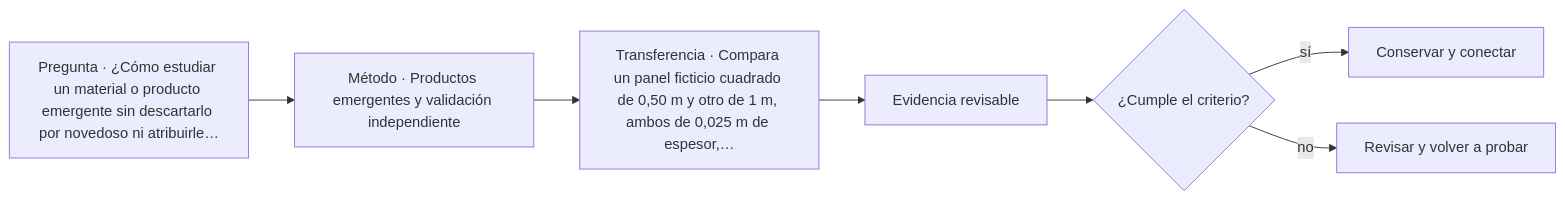
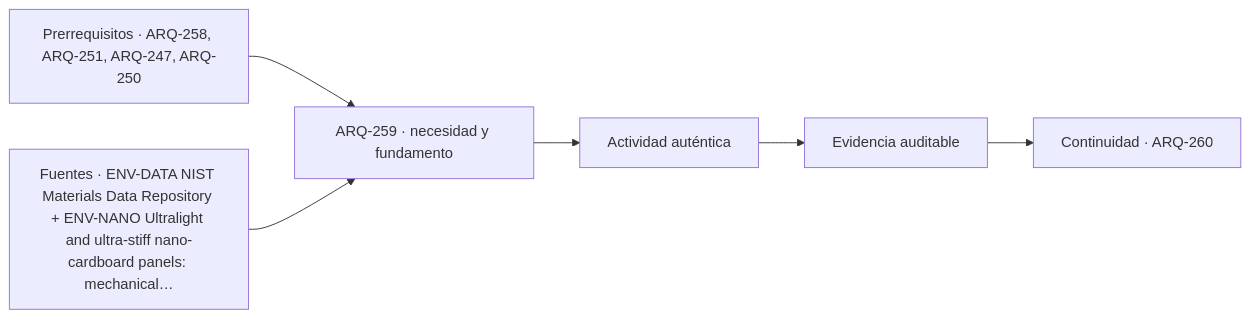
Before and after one commit to vladimiracunadev-create/architecture-built-environment-learning-program: the diagram in classes/parte-26/ARQ-259.md, drawn with Mermaid. The commit also changed other lines of this file and 761 other files, not shown here.

````diff
--- a/classes/parte-26/ARQ-259.md
+++ b/classes/parte-26/ARQ-259.md
@@ -115,9 +127,8 @@
 ```mermaid
 flowchart LR
-    Q["Pregunta · ¿Cómo estudiar un material o producto emergente sin descartarlo por novedoso ni atribuirle…"] --> M["Método · Productos emergentes y validación independiente"]
-    M --> P["Transferencia · Compara un panel ficticio cuadrado de 0,50 m y otro de 1 m, ambos de 0,025 m de espesor,…"]
-    P --> E["Evidencia revisable"]
-    E --> C{"¿Cumple el criterio?"}
-    C -->|sí| T["Conservar y conectar"]
-    C -->|no| R["Revisar y volver a probar"]
+    A["Prerrequisitos · ARQ-258, ARQ-251, ARQ-247, ARQ-250"] --> B["ARQ-259 · necesidad y fundamento"]
+    S["Fuentes · ENV-DATA NIST Materials Data Repository + ENV-NANO Ultralight and ultra-stiff nano-cardboard panels: mechanical…"] --> B
+    B --> C["Actividad auténtica"]
+    C --> D["Evidencia auditable"]
+    D --> E["Continuidad · ARQ-260"]
 ```
````
